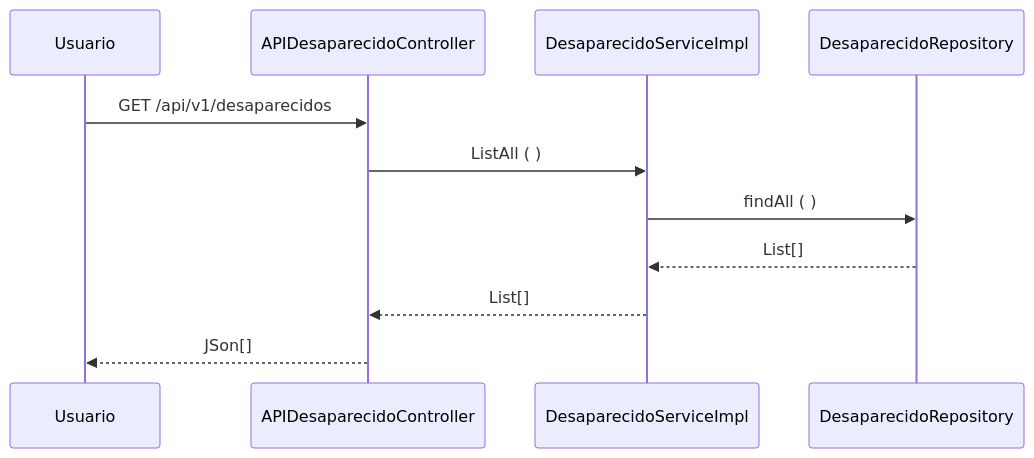
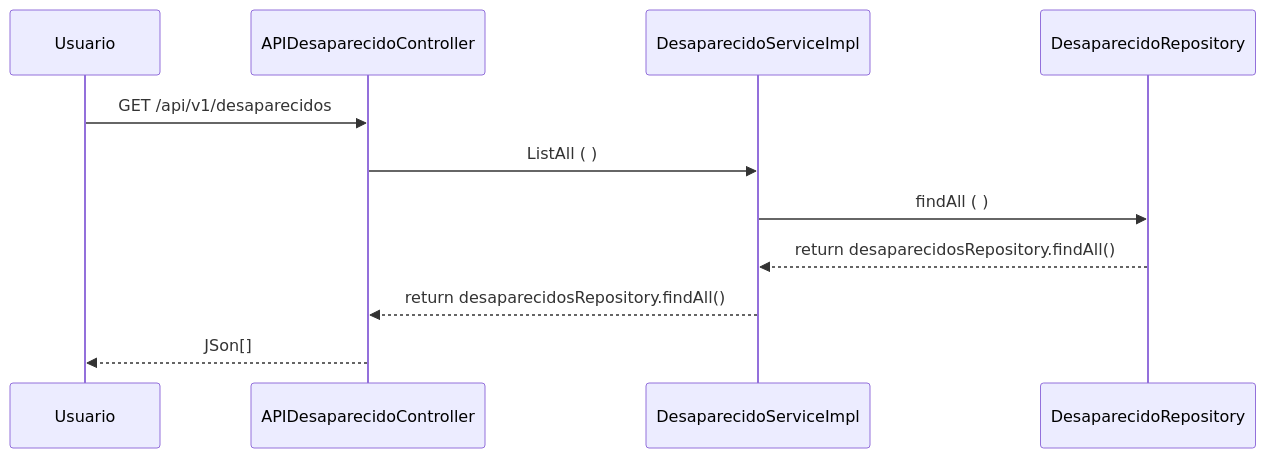
Before and after one commit to PACFWL/RADAR-API: the second of 2 diagrams in README.md, drawn with Mermaid. The commit also changed other lines of this file, not shown here.

````diff
--- a/README.md
+++ b/README.md
@@ -109,9 +109,9 @@
 ```mermaid 
 sequenceDiagram 
 Usuario ->> APIDesaparecidoController: GET /api/v1/desaparecidos 
 APIDesaparecidoController ->> DesaparecidoServiceImpl: ListAll ( ) 
 DesaparecidoServiceImpl ->> DesaparecidoRepository: findAll ( ) 
-DesaparecidoRepository -->> DesaparecidoServiceImpl: List[] 
-DesaparecidoServiceImpl-->> APIDesaparecidoController: List[] 
+DesaparecidoRepository -->> DesaparecidoServiceImpl: return desaparecidosRepository.findAll()
+DesaparecidoServiceImpl-->> APIDesaparecidoController: return desaparecidosRepository.findAll() 
 APIDesaparecidoController -->> Usuario: JSon[] 
 ``` 
````
